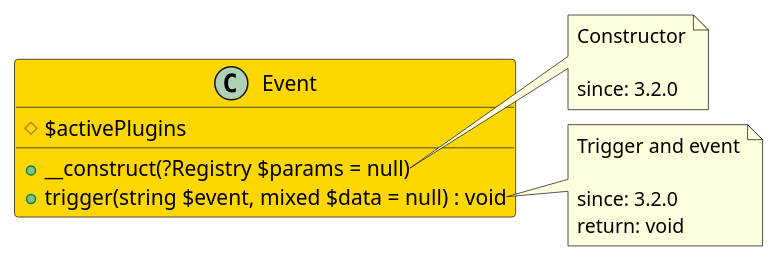
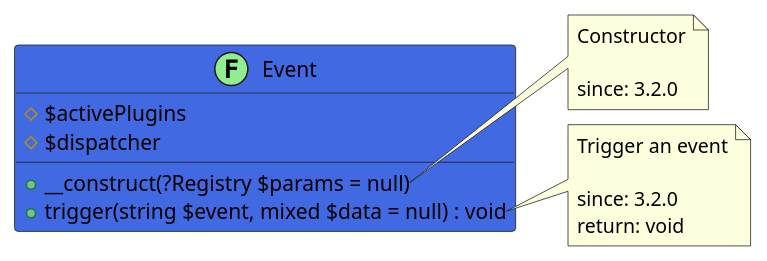
One commit to joomengine/jcb-compiler changed the diagram in src/4729c2b0-f12b-4397-8d77-055d38bca98b/README.md. Above: the diagram before and after it, drawn with PlantUML. The commit also changed other lines of this file and 232 other files, not shown here.

````diff
--- a/src/4729c2b0-f12b-4397-8d77-055d38bca98b/README.md
+++ b/src/4729c2b0-f12b-4397-8d77-055d38bca98b/README.md
@@ -11,23 +11,24 @@
 ```uml
 @startuml
-class Event  #Gold {
+class Event << (F,LightGreen) >> #RoyalBlue {
   # $activePlugins
+  # $dispatcher
   + __construct(?Registry $params = null)
   + trigger(string $event, mixed $data = null) : void
 }
 
 note right of Event::__construct
   Constructor
 
   since: 3.2.0
 end note
 
 note right of Event::trigger
-  Trigger and event
+  Trigger an event
 
   since: 3.2.0
   return: void
 end note
  
 @enduml
 ```
````
